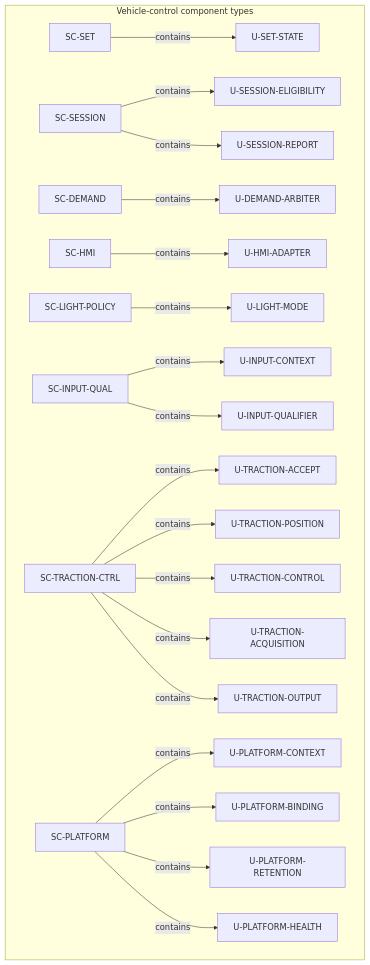
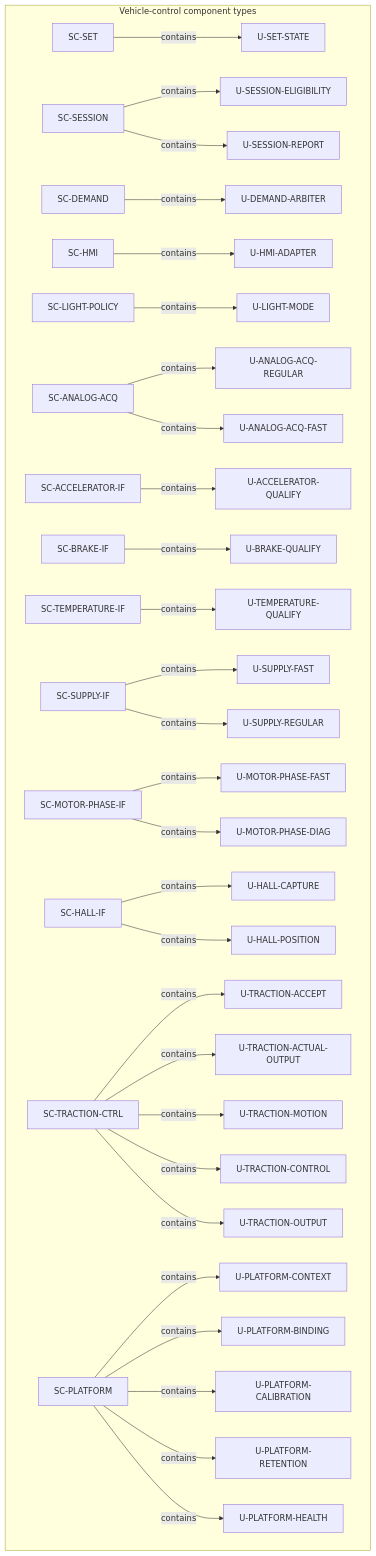
The first of 8 diagrams in .devenv/Architecture/DetailedDesign/DD-003_Static_Software_Architecture_Views.md (dhellhake/X2CityMCU), drawn with Mermaid before and after one commit. The commit also changed other lines of this file and 71 other files, not shown here.

Commit message:
Added Data-Flow to all architecture layers

````diff
--- a/.devenv/Architecture/DetailedDesign/DD-003_Static_Software_Architecture_Views.md
+++ b/.devenv/Architecture/DetailedDesign/DD-003_Static_Software_Architecture_Views.md
@@ -15,22 +15,32 @@
 ```mermaid
 flowchart TB
     subgraph V[Vehicle-control component types]
         SET[SC-SET] -->|contains| US[U-SET-STATE]
         SESSION[SC-SESSION] -->|contains| USE[U-SESSION-ELIGIBILITY]
         SESSION -->|contains| USR[U-SESSION-REPORT]
         DEMAND[SC-DEMAND] -->|contains| UDA[U-DEMAND-ARBITER]
         HMI[SC-HMI] -->|contains| UHA[U-HMI-ADAPTER]
         LIGHT[SC-LIGHT-POLICY] -->|contains| ULM[U-LIGHT-MODE]
-        INPUT[SC-INPUT-QUAL] -->|contains| UIC[U-INPUT-CONTEXT]
-        INPUT -->|contains| UIQ[U-INPUT-QUALIFIER]
+        ANALOG[SC-ANALOG-ACQ] -->|contains| UAR[U-ANALOG-ACQ-REGULAR]
+        ANALOG -->|contains| UAF[U-ANALOG-ACQ-FAST]
+        ACCEL[SC-ACCELERATOR-IF] -->|contains| UAQ[U-ACCELERATOR-QUALIFY]
+        BRAKE[SC-BRAKE-IF] -->|contains| UBQ[U-BRAKE-QUALIFY]
+        TEMP[SC-TEMPERATURE-IF] -->|contains| UTQ[U-TEMPERATURE-QUALIFY]
+        SUPPLY[SC-SUPPLY-IF] -->|contains| USF[U-SUPPLY-FAST]
+        SUPPLY -->|contains| USREG[U-SUPPLY-REGULAR]
+        PHASE[SC-MOTOR-PHASE-IF] -->|contains| UMPF[U-MOTOR-PHASE-FAST]
+        PHASE -->|contains| UMPD[U-MOTOR-PHASE-DIAG]
+        HALL[SC-HALL-IF] -->|contains| UHC[U-HALL-CAPTURE]
+        HALL -->|contains| UHP[U-HALL-POSITION]
         TRACTION[SC-TRACTION-CTRL] -->|contains| UTA[U-TRACTION-ACCEPT]
-        TRACTION -->|contains| UTP[U-TRACTION-POSITION]
+        TRACTION -->|contains| UTAO[U-TRACTION-ACTUAL-OUTPUT]
+        TRACTION -->|contains| UTM[U-TRACTION-MOTION]
         TRACTION -->|contains| UTC[U-TRACTION-CONTROL]
-        TRACTION -->|contains| UTAQ[U-TRACTION-ACQUISITION]
         TRACTION -->|contains| UTO[U-TRACTION-OUTPUT]
         PLATFORM[SC-PLATFORM] -->|contains| UPC[U-PLATFORM-CONTEXT]
         PLATFORM -->|contains| UPB[U-PLATFORM-BINDING]
+        PLATFORM -->|contains| UPCA[U-PLATFORM-CALIBRATION]
         PLATFORM -->|contains| UPR[U-PLATFORM-RETENTION]
         PLATFORM -->|contains| UPH[U-PLATFORM-HEALTH]
     end
 ```
````
